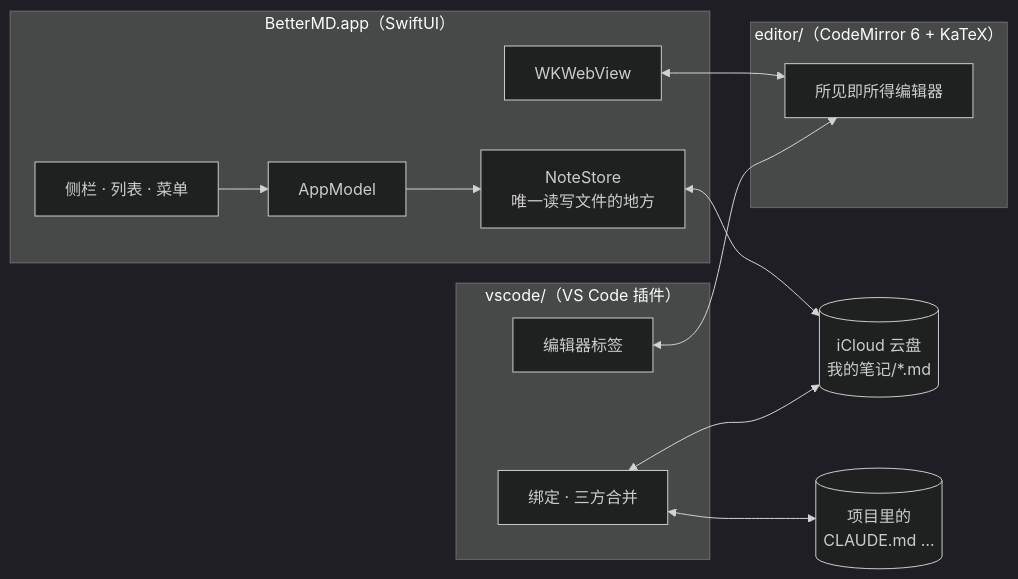
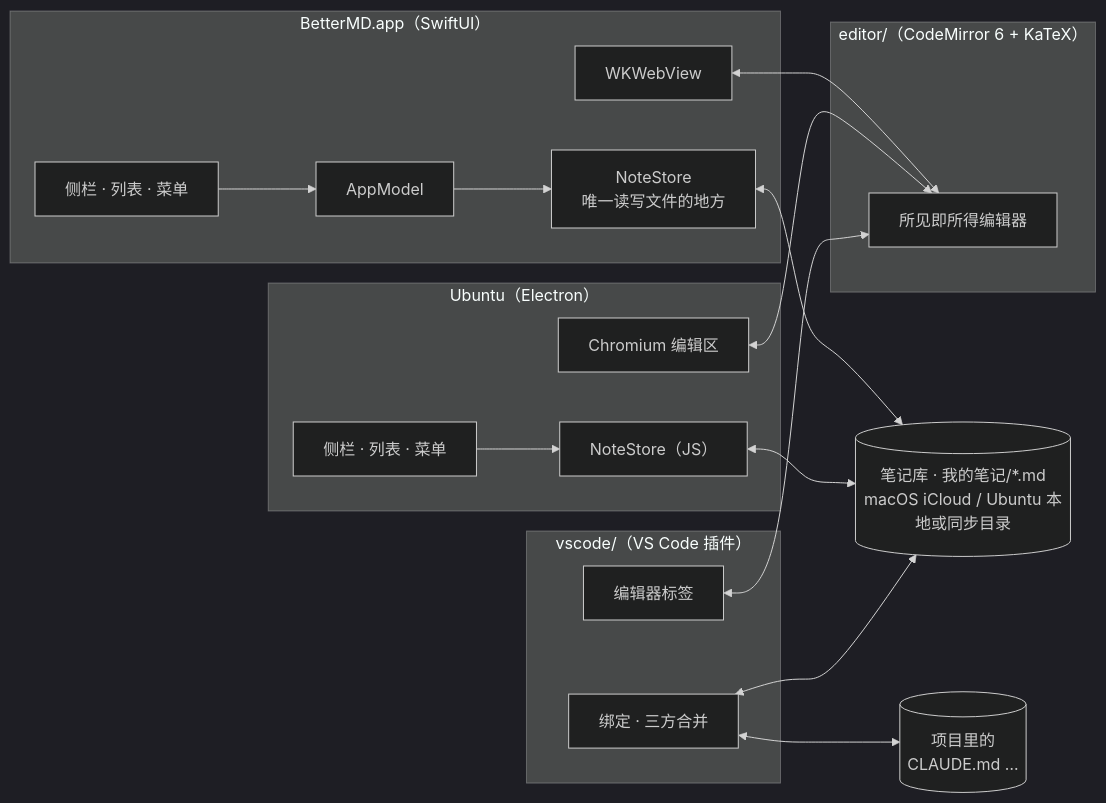
Before and after one commit to jimmy-yilong-li/BetterMD: the diagram in README.md, drawn with Mermaid (dark theme). The commit also changed other lines of this file and 45 other files, not shown here.

First line of the commit message:
feat: Ubuntu 版 0.2.0（Electron 桌面外壳）：纸墨三栏界面、各尺寸图标、内建 git 同步

````diff
--- a/README.md
+++ b/README.md
@@ -181,20 +202,26 @@
 ```mermaid
 flowchart LR
   subgraph App["BetterMD.app（SwiftUI）"]
     UI["侧栏 · 列表 · 菜单"] --> Model["AppModel"]
     Model --> Store["NoteStore<br/>唯一读写文件的地方"]
     Web["WKWebView"]
   end
   subgraph Editor["editor/（CodeMirror 6 + KaTeX）"]
     CM["所见即所得编辑器"]
   end
   subgraph VSCode["vscode/（VS Code 插件）"]
     Tab["编辑器标签"] 
     Sync["绑定 · 三方合并"]
   end
+  subgraph Ubuntu["Ubuntu（Electron）"]
+    DesktopUI["侧栏 · 列表 · 菜单"] --> DesktopStore["NoteStore（JS）"]
+    Chromium["Chromium 编辑区"]
+  end
   Web <--> CM
+  Chromium <--> CM
   Tab <--> CM
-  Store <--> Files[("iCloud 云盘<br/>我的笔记/*.md")]
+  Store <--> Files[("笔记库 · 我的笔记/*.md<br/>macOS iCloud / Ubuntu 本地或同步目录")]
+  DesktopStore <--> Files
   Sync <--> Files
   Sync <--> Project[("项目里的<br/>CLAUDE.md …")]
 ```
````
